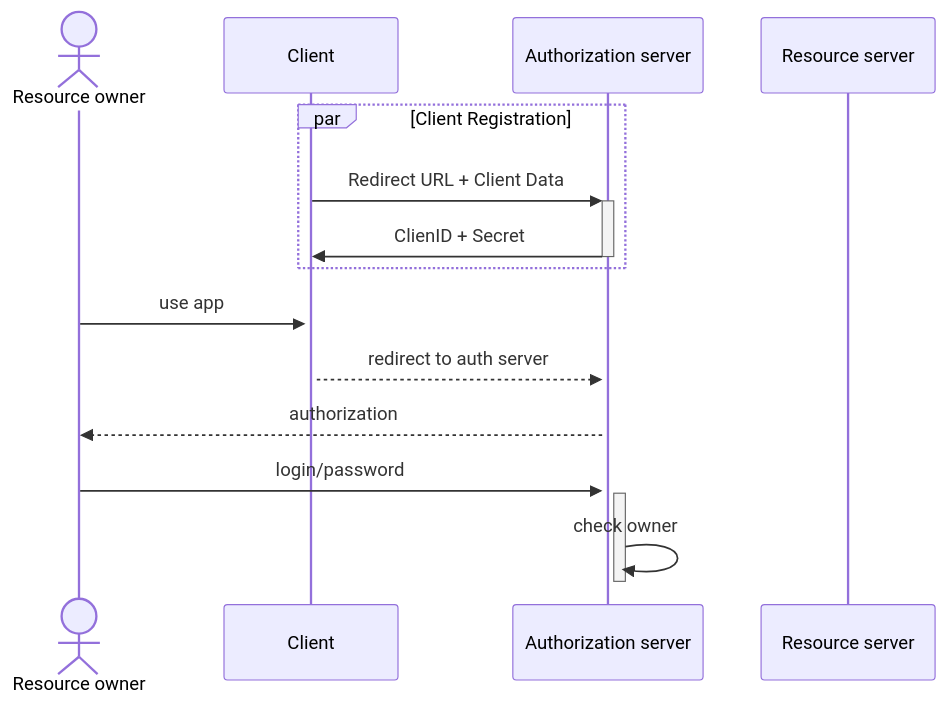
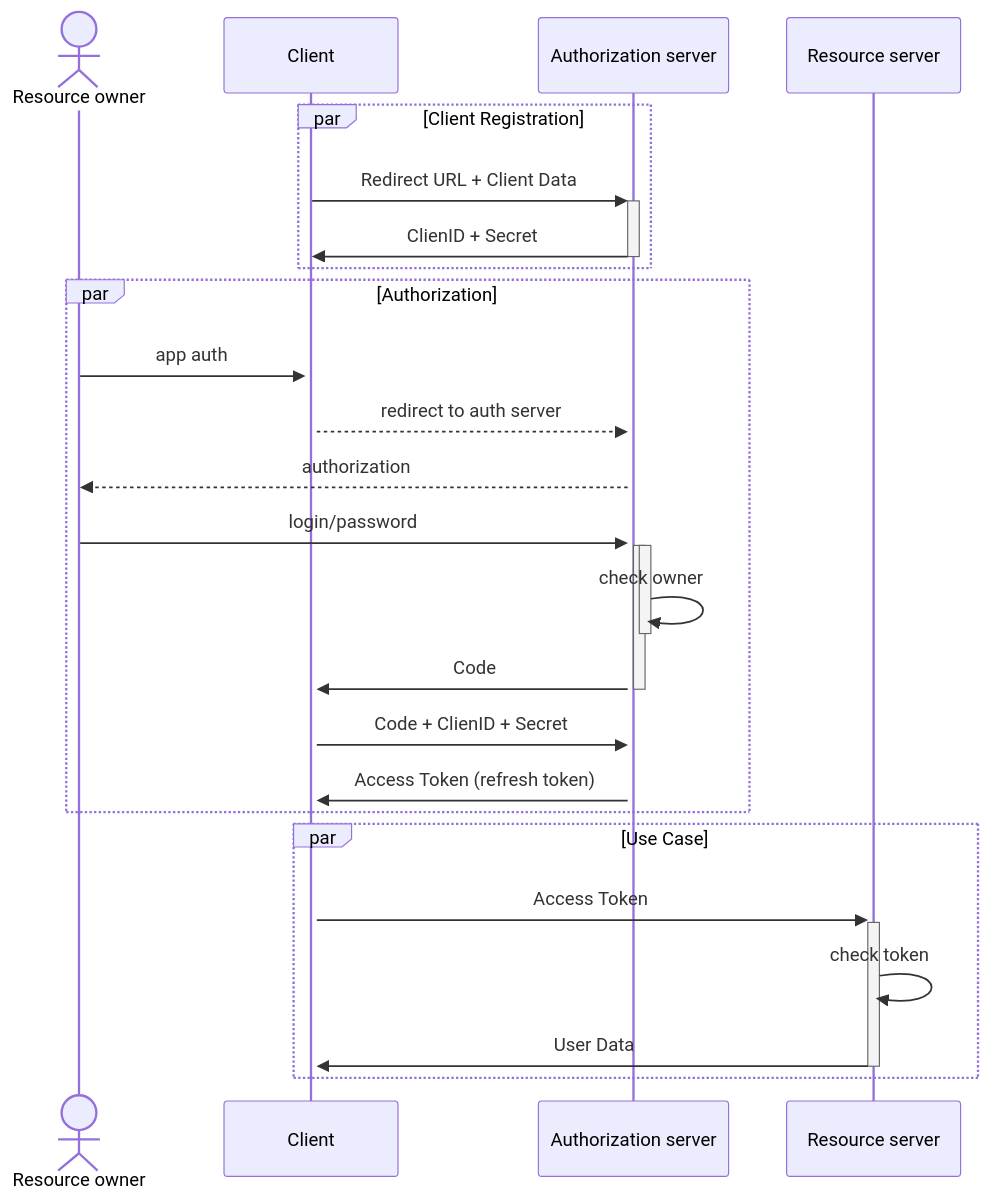
The third of 3 diagrams in CS/Authorization.md (danzay42/Wiki), drawn with Mermaid before and after one commit.

Commit message:
vault backup: 2023-08-16 23:09:22
Affected files:
CS/Authorization.md

````diff
--- a/CS/Authorization.md
+++ b/CS/Authorization.md
@@ -98,27 +98,35 @@
 ```mermaid
 sequenceDiagram
 	%%autonumber%%
 	actor o as Resource owner
 	participant c as Client
 	participant a as Authorization server
 	participant r as Resource server
 
 	par Client Registration
 		c ->>+ a: Redirect URL + Client Data
 		a ->>- c: ClienID + Secret
 	end
 
+	par Authorization
+		o ->>+ c: app auth
+		c -->>+ a: redirect to auth server
+		
+		a -->> o: authorization
+		o ->>+ a: login/password
 	
-	o ->>+ c: use app
-	c -->>+ a: redirect to auth server
+		activate a
+		a ->> a: check owner
+		deactivate a
 	
-	a -->> o: authorization
-	o ->>+ a: login/password
+		a ->>- c: Code
+		c ->> a: Code + ClienID + Secret
+		a ->> c: Access Token (refresh token)
+	end
 
-	activate a
-	a ->> a: check owner
-	deactivate a
-
-	
-	
+	par Use Case
+	c ->>+ r: Access Token
+	r ->> r: check token
+	r ->>- c: User Data
+	end
 ```
````
